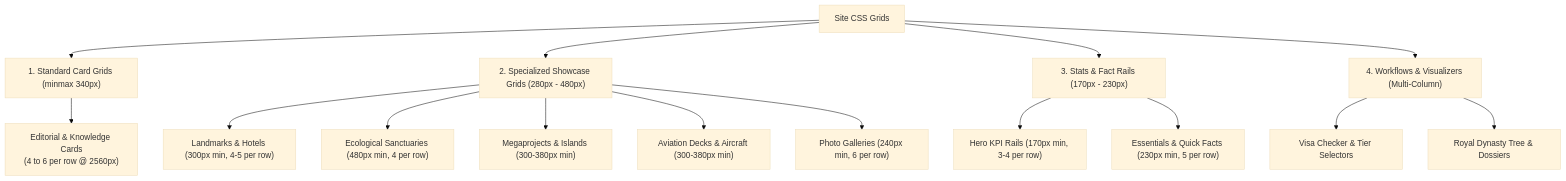
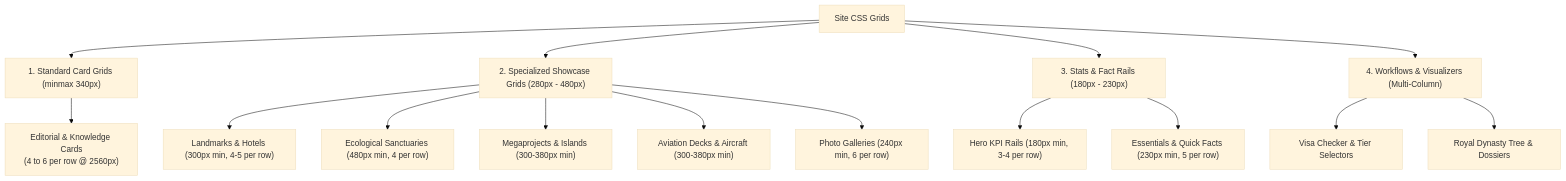
One commit to kristof12345/Waikiki-Site-Optimized changed the diagram in content/Reports/grid-site-inventory-report.md. Above: the diagram before and after it, drawn with Mermaid (base theme). The commit also changed other lines of this file and 6 other files, not shown here.

````diff
--- a/content/Reports/grid-site-inventory-report.md
+++ b/content/Reports/grid-site-inventory-report.md
@@ -12,19 +12,19 @@
 ```mermaid
 flowchart TD
     GRID["Site CSS Grids"]
     GRID --> CARDS["1. Standard Card Grids (minmax 340px)"]
     GRID --> SHOWCASE["2. Specialized Showcase Grids (280px - 480px)"]
-    GRID --> STATS["3. Stats & Fact Rails (170px - 230px)"]
+    GRID --> STATS["3. Stats & Fact Rails (180px - 230px)"]
     GRID --> INTERACTIVE["4. Workflows & Visualizers (Multi-Column)"]
     
     CARDS --> C_GEN["Editorial & Knowledge Cards<br/>(4 to 6 per row @ 2560px)"]
     SHOWCASE --> S_LAND["Landmarks & Hotels (300px min, 4-5 per row)"]
     SHOWCASE --> S_SANCT["Ecological Sanctuaries (480px min, 4 per row)"]
     SHOWCASE --> S_MEGA["Megaprojects & Islands (300-380px min)"]
     SHOWCASE --> S_AVIA["Aviation Decks & Aircraft (300-380px min)"]
     SHOWCASE --> S_GALLERY["Photo Galleries (240px min, 6 per row)"]
-    STATS --> ST_HERO["Hero KPI Rails (170px min, 3-4 per row)"]
+    STATS --> ST_HERO["Hero KPI Rails (180px min, 3-4 per row)"]
     STATS --> ST_FACT["Essentials & Quick Facts (230px min, 5 per row)"]
     INTERACTIVE --> I_VISA["Visa Checker & Tier Selectors"]
     INTERACTIVE --> I_FAMILY["Royal Dynasty Tree & Dossiers"]
 ```
````
